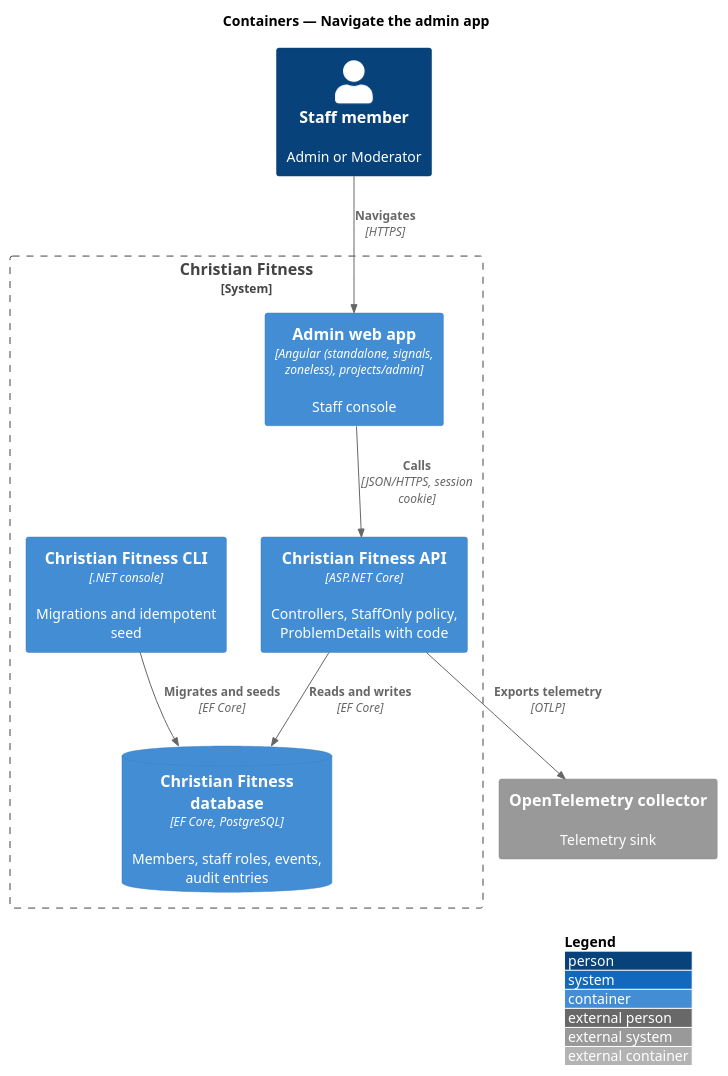
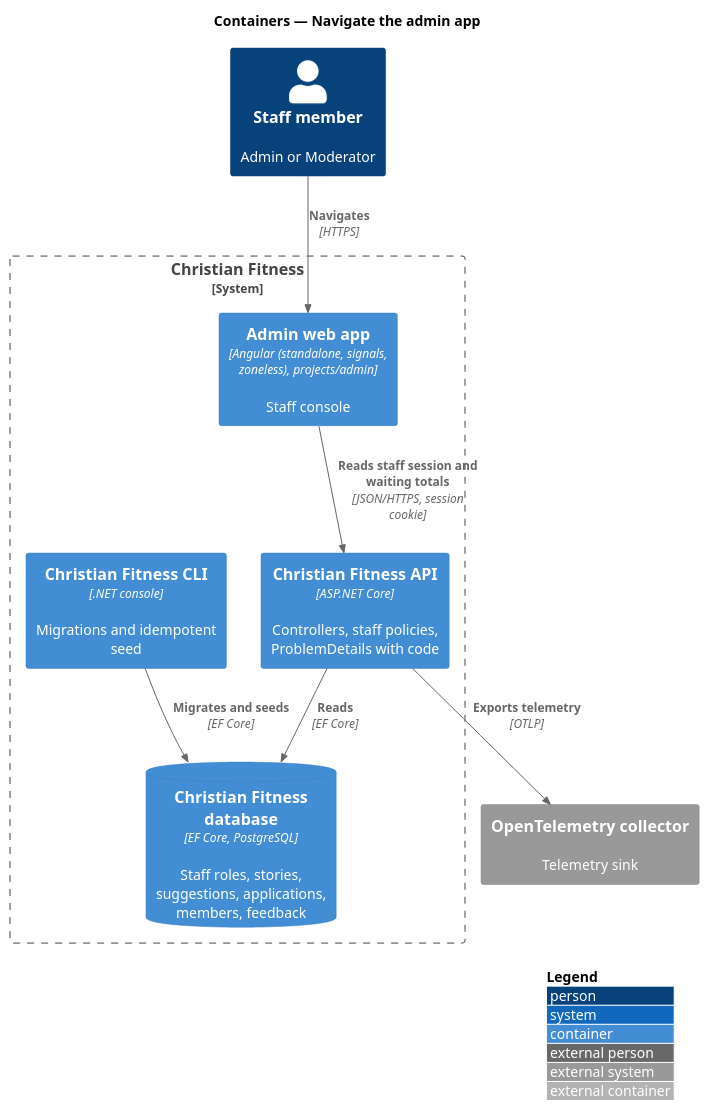
One commit to QuinntyneBrown/christian-fitness changed the diagram in docs/detailed-designs/admin-access/navigate-admin-app/diagrams/c4-container.puml. Above: the diagram before and after it, drawn with PlantUML. The commit also changed 84 other files, not shown here.

```diff
--- a/docs/detailed-designs/admin-access/navigate-admin-app/diagrams/c4-container.puml
+++ b/docs/detailed-designs/admin-access/navigate-admin-app/diagrams/c4-container.puml
@@ -1,20 +1,20 @@
 @startuml
 !include <C4/C4_Container>
 LAYOUT_WITH_LEGEND()
 title Containers — Navigate the admin app
 
 Person(staff, "Staff member", "Admin or Moderator")
 System_Boundary(cf, "Christian Fitness") {
   Container(admin, "Admin web app", "Angular (standalone, signals, zoneless), projects/admin", "Staff console")
-  Container(api, "Christian Fitness API", "ASP.NET Core", "Controllers, StaffOnly policy, ProblemDetails with code")
+  Container(api, "Christian Fitness API", "ASP.NET Core", "Controllers, staff policies, ProblemDetails with code")
   Container(cli, "Christian Fitness CLI", ".NET console", "Migrations and idempotent seed")
-  ContainerDb(db, "Christian Fitness database", "EF Core, PostgreSQL", "Members, staff roles, events, audit entries")
+  ContainerDb(db, "Christian Fitness database", "EF Core, PostgreSQL", "Staff roles, stories, suggestions, applications, members, feedback")
 }
 System_Ext(otel, "OpenTelemetry collector", "Telemetry sink")
 
 Rel(staff, admin, "Navigates", "HTTPS")
-Rel(admin, api, "Calls", "JSON/HTTPS, session cookie")
-Rel(api, db, "Reads and writes", "EF Core")
+Rel(admin, api, "Reads staff session and waiting totals", "JSON/HTTPS, session cookie")
+Rel(api, db, "Reads", "EF Core")
 Rel(cli, db, "Migrates and seeds", "EF Core")
 Rel(api, otel, "Exports telemetry", "OTLP")
 @enduml
```
